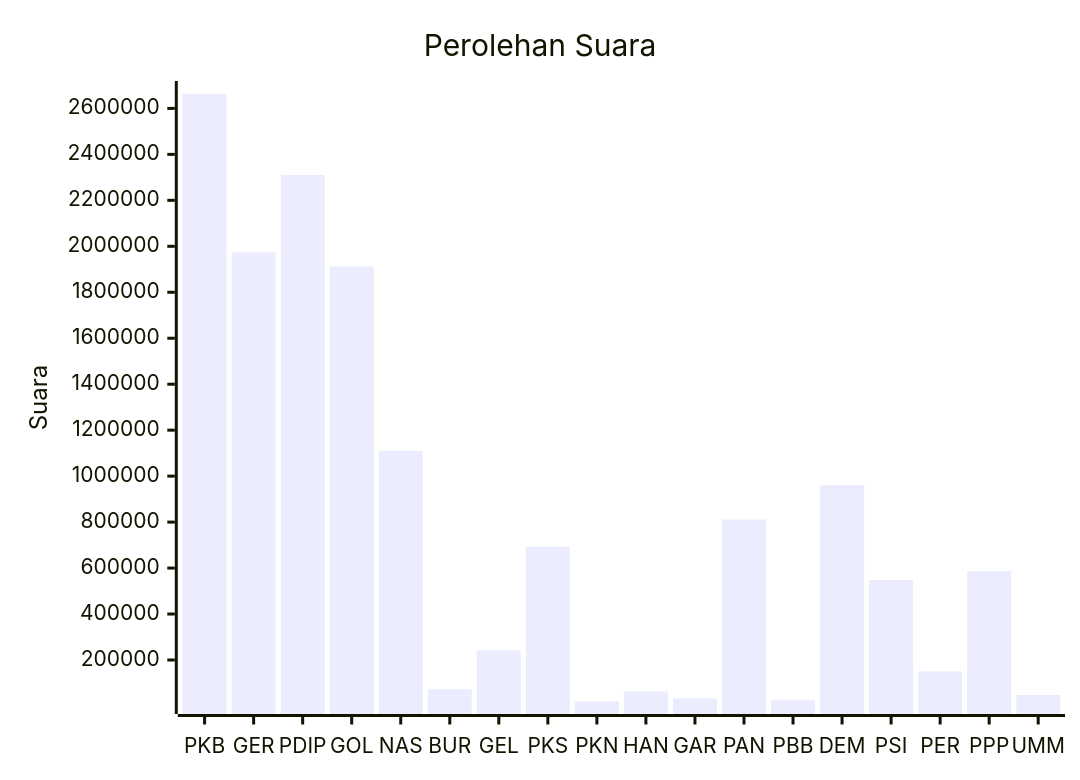
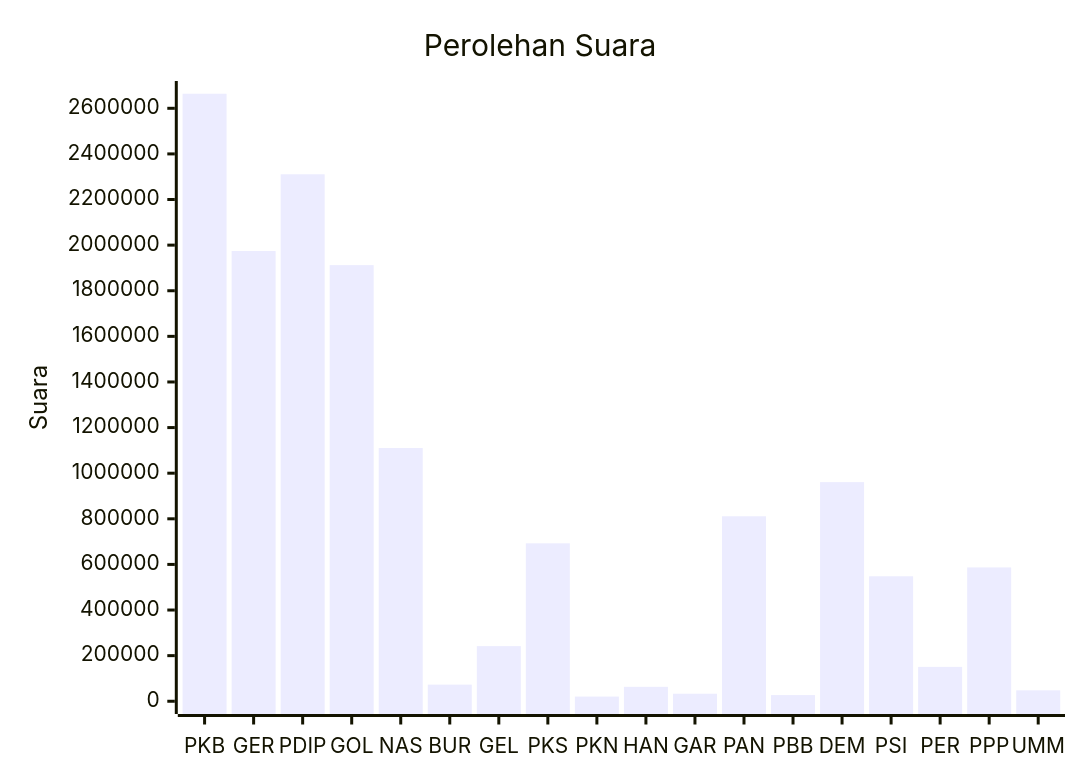
Before and after one commit to gigit-pemilu/pemilu-2024: the diagram in pileg-dpr/hitung-suara/sub/table-wilayah-35.md, drawn with Mermaid. The commit also changed 57 other files, not shown here.

````diff
--- a/pileg-dpr/hitung-suara/sub/table-wilayah-35.md
+++ b/pileg-dpr/hitung-suara/sub/table-wilayah-35.md
@@ -7,7 +7,7 @@
 ```mermaid
 xychart-beta
     title "Perolehan Suara"
     x-axis [PKB, GER, PDIP, GOL, NAS, BUR, GEL, PKS, PKN, HAN, GAR, PAN, PBB, DEM, PSI, PER, PPP, UMM]
-    y-axis "Suara"
+    y-axis "Suara" 0 --> 2663797
     bar [2663797, 1974064, 2310649, 1912281, 1110563, 72803, 241767, 692551, 20502, 63303, 32966, 811170, 27053, 960888, 547937, 150604, 586732, 47881]
 ```
````
